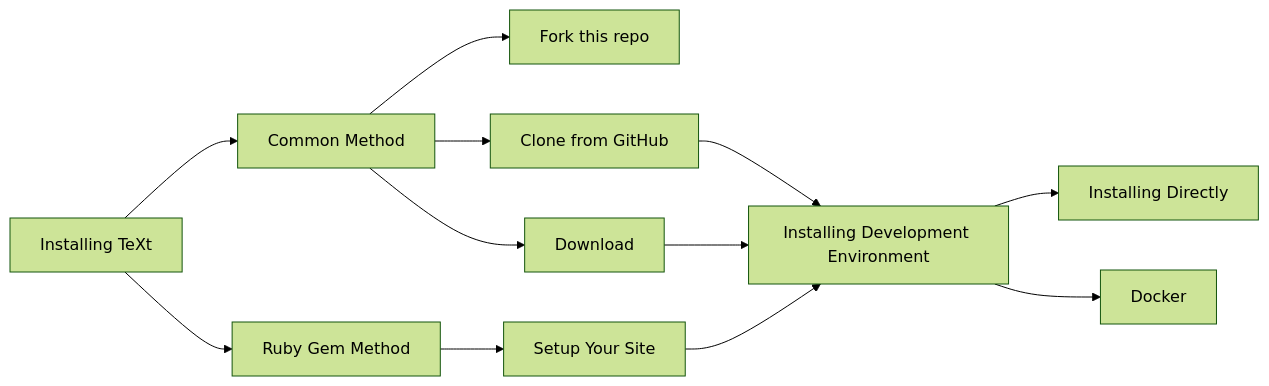
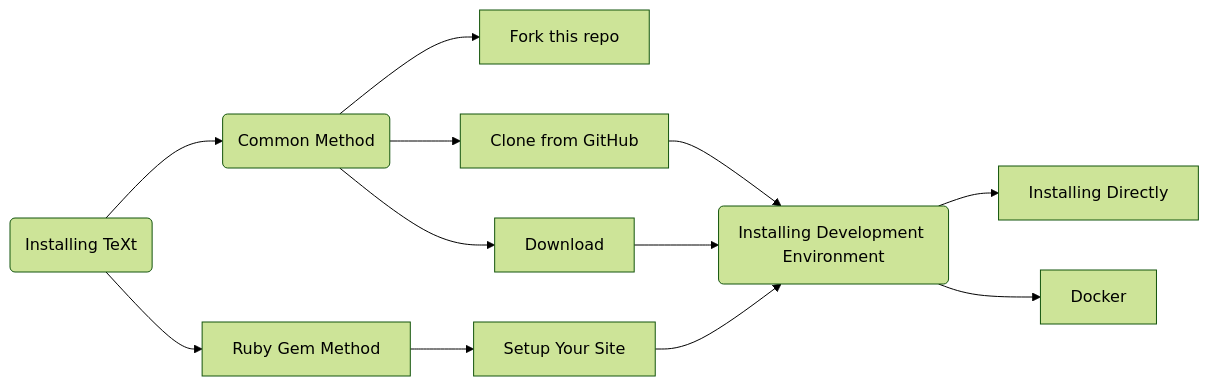
The diagram in docs/_docs/en/1.1-quick-start.md (hillaryyang/hillaryyang.github.io), drawn with Mermaid (forest theme) before and after one commit. The commit also changed 30 other files, not shown here.

````diff
--- a/docs/_docs/en/1.1-quick-start.md
+++ b/docs/_docs/en/1.1-quick-start.md
@@ -13,24 +13,24 @@
 ```mermaid
 graph LR;
-    A0[Installing TeXt]
-    B0[Common Method]
+    A0(Installing TeXt)
+    B0(Common Method)
     B1[Ruby Gem Method]
     C0[Fork this repo]
     C1[Clone from GitHub]
     C2[Download]
     D0[Setup Your Site]
-    E0[Installing Development Environment]
+    E0(Installing Development Environment)
     F0[Installing Directly]
     F1[Docker]
     A0-->B0;
     A0-->B1;
     B0-->C0;
     B0-->C1;
     B0-->C2;
     B1-->D0;
     C1-->E0
     C2-->E0
     D0-->E0
     E0-->F0
     E0-->F1
 ```
````
